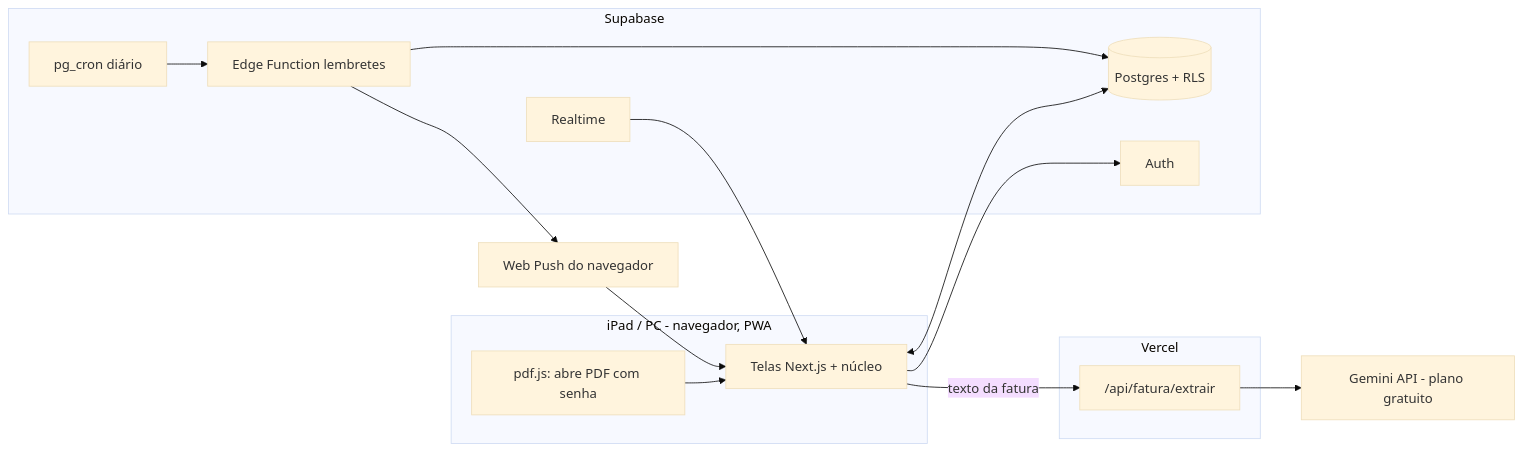
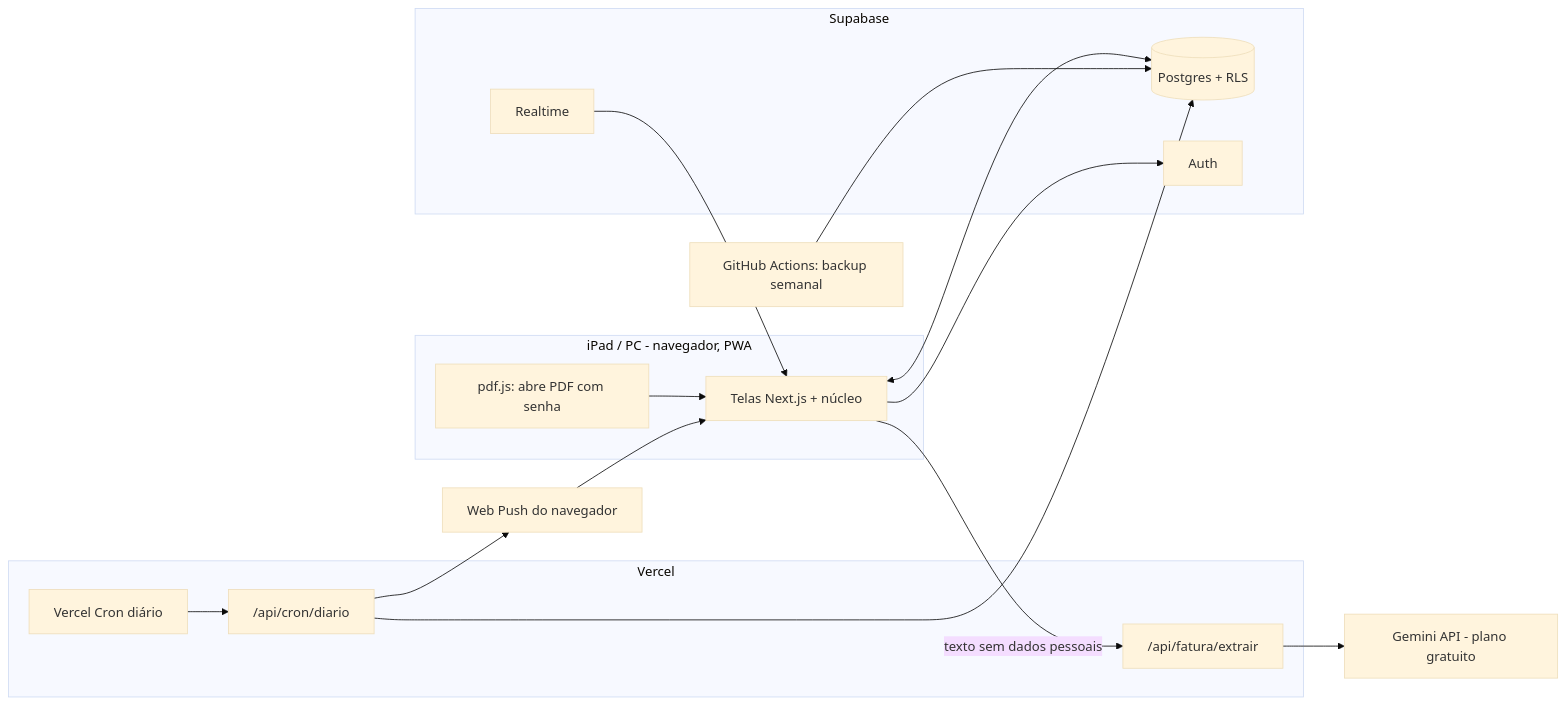
Before and after one commit to rafaelrabelodasilva/conta-comigo: the second of 3 diagrams in _bmad-output/planning-artifacts/architecture/architecture-conta-comigo-2026-11-01/ARCHITECTURE-SPINE.md, drawn with Mermaid (base theme). The commit also changed other lines of this file and 1 other file, not shown here.

````diff
--- a/_bmad-output/planning-artifacts/architecture/architecture-conta-comigo-2026-11-01/ARCHITECTURE-SPINE.md
+++ b/_bmad-output/planning-artifacts/architecture/architecture-conta-comigo-2026-11-01/ARCHITECTURE-SPINE.md
@@ -178,29 +217,31 @@
 ```mermaid
 graph LR
   subgraph Aparelho[iPad / PC - navegador, PWA]
     UI[Telas Next.js + núcleo]
     PDF[pdf.js: abre PDF com senha]
   end
   subgraph Vercel
     API["/api/fatura/extrair"]
+    CRONR["/api/cron/diario"]
+    VCRON[Vercel Cron diário]
   end
   subgraph Supabase
     DB[(Postgres + RLS)]
     RT[Realtime]
     AUTH[Auth]
-    CRON[pg_cron diário]
-    EF[Edge Function lembretes]
   end
   GEM[Gemini API - plano gratuito]
   PUSH[Web Push do navegador]
+  GHA[GitHub Actions: backup semanal]
   PDF --> UI
-  UI -- texto da fatura --> API
+  UI -- texto sem dados pessoais --> API
   API --> GEM
   UI <--> DB
   RT --> UI
   UI --> AUTH
-  CRON --> EF
-  EF --> DB
-  EF --> PUSH
+  VCRON --> CRONR
+  CRONR --> DB
+  CRONR --> PUSH
   PUSH --> UI
+  GHA --> DB
 ```
````
